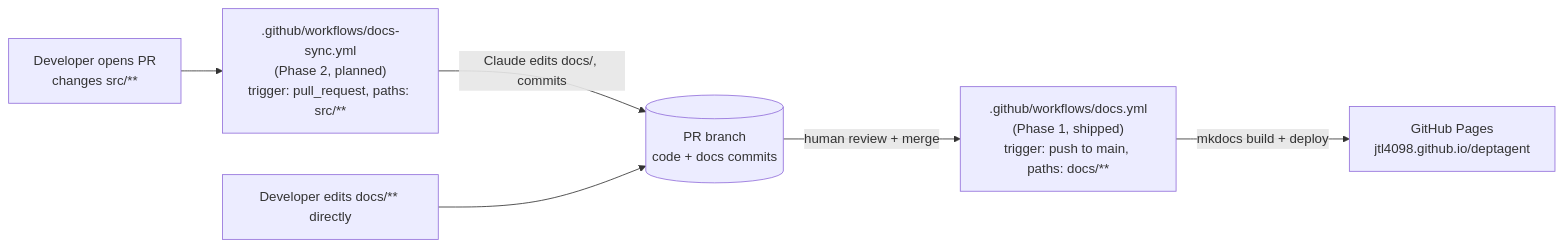
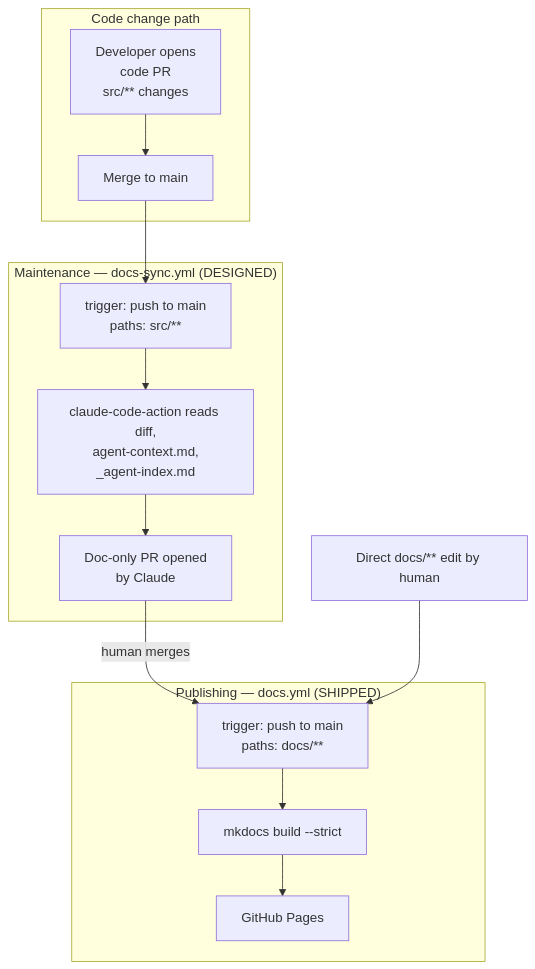
One commit to jtl4098/deptagent changed the first of 3 diagrams in docs/reference/documentation-system.md. Above: the diagram before and after it, drawn with Mermaid. The commit also changed other lines of this file, not shown here.

First line of the commit message:
docs: expand documentation-system.md into the architecture canonical doc

````diff
--- a/docs/reference/documentation-system.md
+++ b/docs/reference/documentation-system.md
@@ -26,16 +51,28 @@
 ```mermaid
-flowchart LR
-    Dev[Developer opens PR<br/>changes src/**]
-    Phase2[".github/workflows/docs-sync.yml<br/>(Phase 2, planned)<br/>trigger: pull_request, paths: src/**"]
-    Branch[(PR branch<br/>code + docs commits)]
-    Phase1[".github/workflows/docs.yml<br/>(Phase 1, shipped)<br/>trigger: push to main, paths: docs/**"]
-    Pages[GitHub Pages<br/>jtl4098.github.io/deptagent]
+flowchart TB
+    subgraph Code["Code change path"]
+        Dev[Developer opens<br/>code PR<br/>src/** changes]
+        Merge[Merge to main]
+    end
 
-    Dev --> Phase2
-    Phase2 -- "Claude edits docs/, commits" --> Branch
-    Branch -- "human review + merge" --> Phase1
-    Phase1 -- "mkdocs build + deploy" --> Pages
+    subgraph Sync["Maintenance — docs-sync.yml (DESIGNED)"]
+        Sync1["trigger: push to main<br/>paths: src/**"]
+        Sync2[claude-code-action reads diff,<br/>agent-context.md,<br/>_agent-index.md]
+        DocPR[Doc-only PR opened<br/>by Claude]
+    end
 
-    DocOnly[Developer edits docs/** directly]
-    DocOnly --> Branch
+    subgraph Pub["Publishing — docs.yml (SHIPPED)"]
+        Pub1["trigger: push to main<br/>paths: docs/**"]
+        Build[mkdocs build --strict]
+        Pages[GitHub Pages]
+    end
+
+    Dev --> Merge
+    Merge --> Sync1
+    Sync1 --> Sync2 --> DocPR
+    DocPR --> |human merges| Pub1
+    Pub1 --> Build --> Pages
+
+    DirectDoc[Direct docs/** edit by human]
+    DirectDoc --> Pub1
 ```
````
